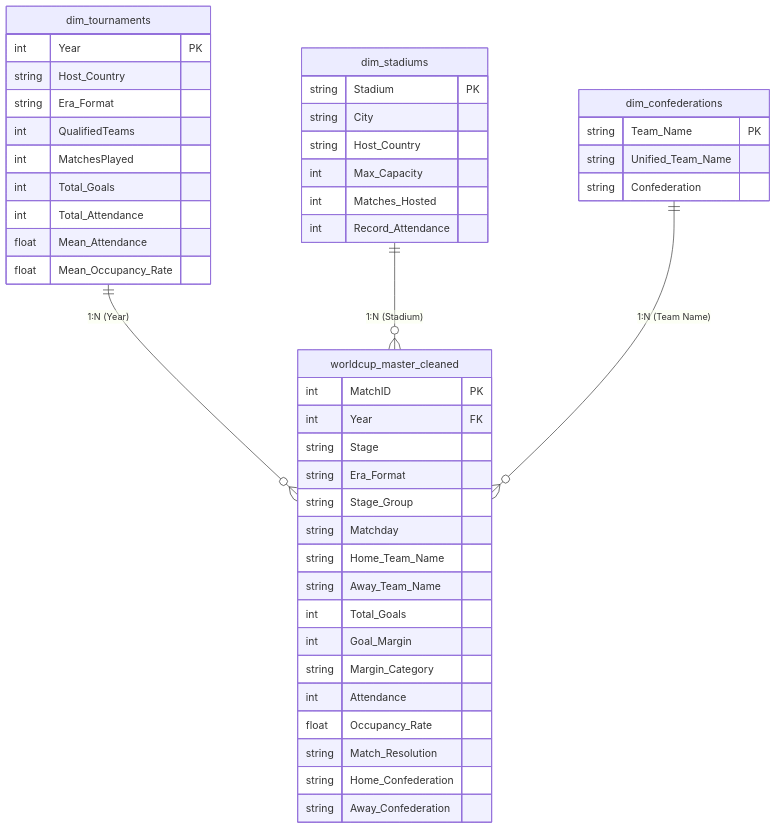
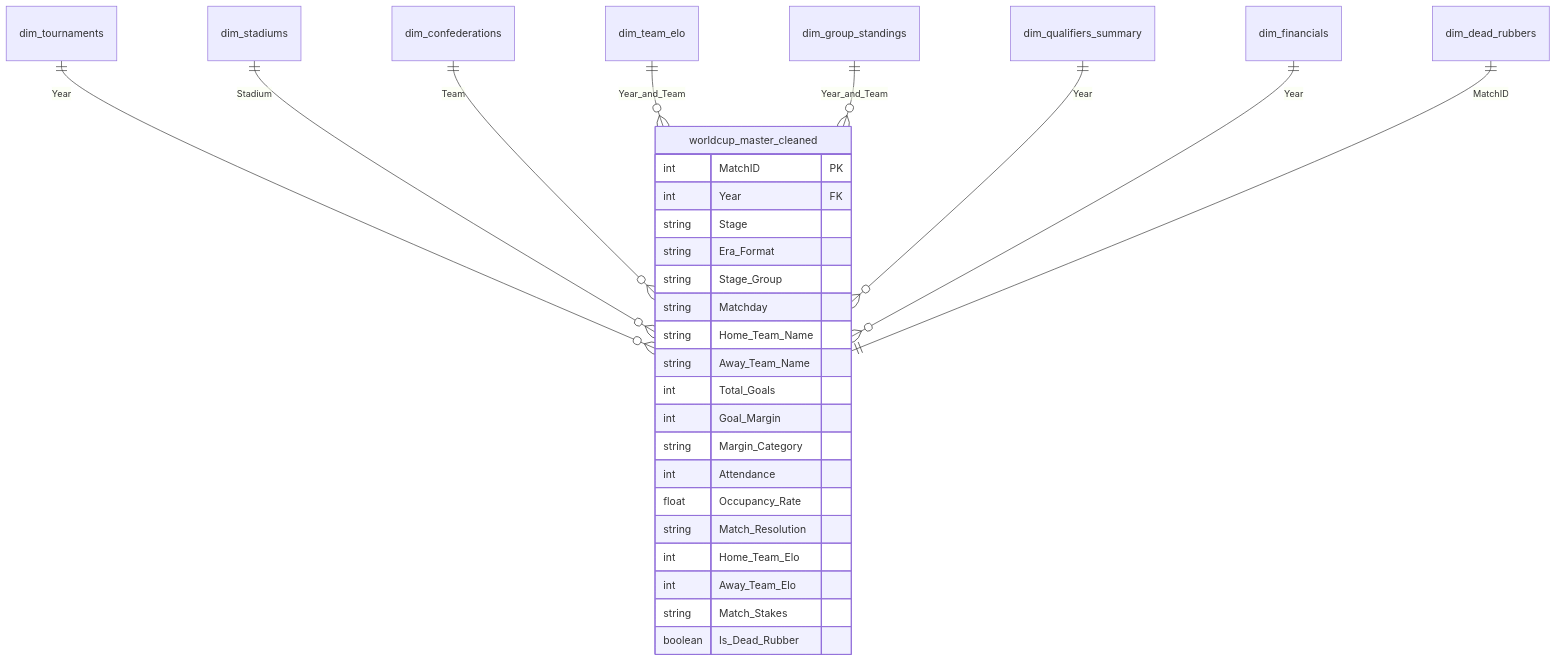
The diagram in README.md (DangKimAn/data_science), drawn with Mermaid before and after one commit. The commit also changed other lines of this file and 11 other files, not shown here.

First line of the commit message:
feat(data-engineering): enrich master dataset with Elo, standings, qualifiers, financials, and dead rubber classification

````diff
--- a/README.md
+++ b/README.md
@@ -53,52 +68,32 @@
 ```mermaid
 erDiagram
-    dim_tournaments ||--o{ worldcup_master_cleaned : "1:N (Year)"
-    dim_stadiums ||--o{ worldcup_master_cleaned : "1:N (Stadium)"
-    dim_confederations ||--o{ worldcup_master_cleaned : "1:N (Team Name)"
+    dim_tournaments ||--o{ worldcup_master_cleaned : "Year"
+    dim_stadiums ||--o{ worldcup_master_cleaned : "Stadium"
+    dim_confederations ||--o{ worldcup_master_cleaned : "Team"
+    dim_team_elo ||--o{ worldcup_master_cleaned : "Year_and_Team"
+    dim_group_standings ||--o{ worldcup_master_cleaned : "Year_and_Team"
+    dim_qualifiers_summary ||--o{ worldcup_master_cleaned : "Year"
+    dim_financials ||--o{ worldcup_master_cleaned : "Year"
+    dim_dead_rubbers ||--|| worldcup_master_cleaned : "MatchID"
 
     worldcup_master_cleaned {
         int MatchID PK
         int Year FK
         string Stage
         string Era_Format
         string Stage_Group
         string Matchday
         string Home_Team_Name
         string Away_Team_Name
         int Total_Goals
         int Goal_Margin
         string Margin_Category
         int Attendance
         float Occupancy_Rate
         string Match_Resolution
-        string Home_Confederation
-        string Away_Confederation
-    }
-
-    dim_tournaments {
-        int Year PK
-        string Host_Country
-        string Era_Format
-        int QualifiedTeams
-        int MatchesPlayed
-        int Total_Goals
-        int Total_Attendance
-        float Mean_Attendance
-        float Mean_Occupancy_Rate
-    }
-
-    dim_stadiums {
-        string Stadium PK
-        string City
-        string Host_Country
-        int Max_Capacity
-        int Matches_Hosted
-        int Record_Attendance
-    }
-
-    dim_confederations {
-        string Team_Name PK
-        string Unified_Team_Name
-        string Confederation
+        int Home_Team_Elo
+        int Away_Team_Elo
+        string Match_Stakes
+        boolean Is_Dead_Rubber
     }
 ```
````
